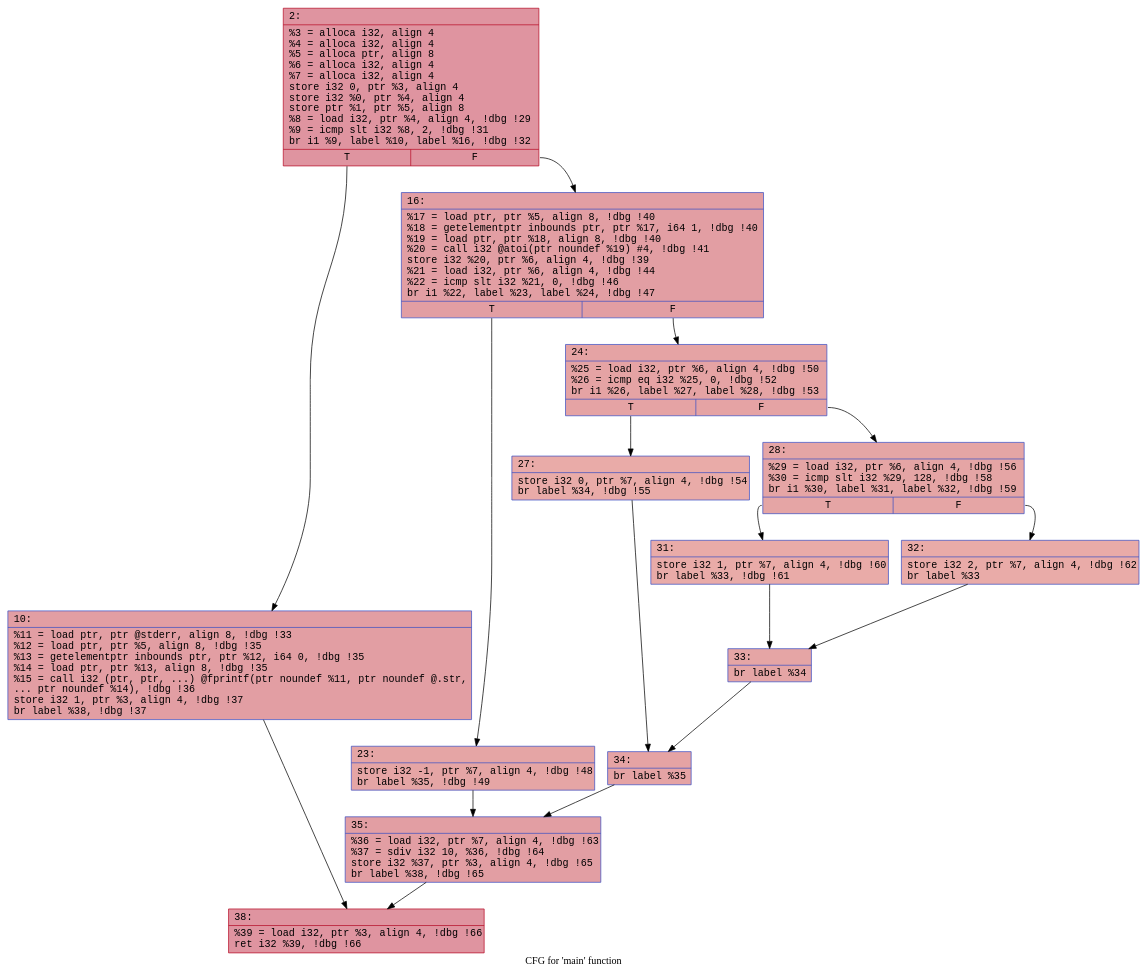
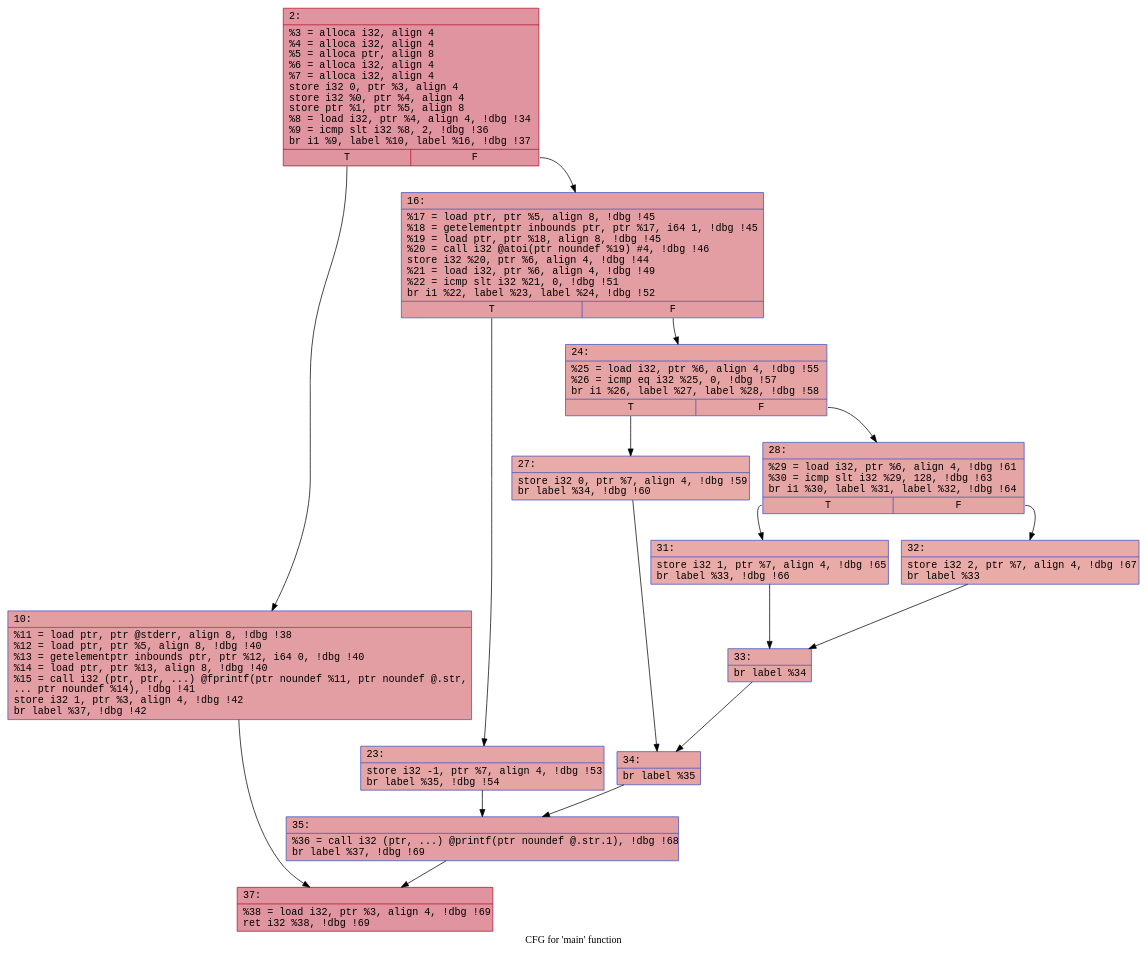
One commit to FelicitasGarcia/MimicryMonitor changed the diagram in llvm/feli/cfgs/mainPUA.dot. Above: the diagram before and after it, drawn with Graphviz. The commit also changed 45 other files, not shown here.

```diff
--- a/llvm/feli/cfgs/mainPUA.dot
+++ b/llvm/feli/cfgs/mainPUA.dot
@@ -1,33 +1,33 @@
 digraph "CFG for 'main' function" {
 	label="CFG for 'main' function";
 
-	Node0x55ea93be4af0 [shape=record,color="#b70d28ff", style=filled, fillcolor="#b70d2870" fontname="Courier",label="{2:\l|  %3 = alloca i32, align 4\l  %4 = alloca i32, align 4\l  %5 = alloca ptr, align 8\l  %6 = alloca i32, align 4\l  %7 = alloca i32, align 4\l  store i32 0, ptr %3, align 4\l  store i32 %0, ptr %4, align 4\l  store ptr %1, ptr %5, align 8\l  %8 = load i32, ptr %4, align 4, !dbg !29\l  %9 = icmp slt i32 %8, 2, !dbg !31\l  br i1 %9, label %10, label %16, !dbg !32\l|{<s0>T|<s1>F}}"];
-	Node0x55ea93be4af0:s0 -> Node0x55ea93be9e80[tooltip="2 -> 10\nProbability 50.00%" ];
-	Node0x55ea93be4af0:s1 -> Node0x55ea93be9f20[tooltip="2 -> 16\nProbability 50.00%" ];
-	Node0x55ea93be9e80 [shape=record,color="#3d50c3ff", style=filled, fillcolor="#be242e70" fontname="Courier",label="{10:\l|  %11 = load ptr, ptr @stderr, align 8, !dbg !33\l  %12 = load ptr, ptr %5, align 8, !dbg !35\l  %13 = getelementptr inbounds ptr, ptr %12, i64 0, !dbg !35\l  %14 = load ptr, ptr %13, align 8, !dbg !35\l  %15 = call i32 (ptr, ptr, ...) @fprintf(ptr noundef %11, ptr noundef @.str,\l... ptr noundef %14), !dbg !36\l  store i32 1, ptr %3, align 4, !dbg !37\l  br label %38, !dbg !37\l}"];
-	Node0x55ea93be9e80 -> Node0x55ea93beb070[tooltip="10 -> 38\nProbability 100.00%" ];
-	Node0x55ea93be9f20 [shape=record,color="#3d50c3ff", style=filled, fillcolor="#be242e70" fontname="Courier",label="{16:\l|  %17 = load ptr, ptr %5, align 8, !dbg !40\l  %18 = getelementptr inbounds ptr, ptr %17, i64 1, !dbg !40\l  %19 = load ptr, ptr %18, align 8, !dbg !40\l  %20 = call i32 @atoi(ptr noundef %19) #4, !dbg !41\l  store i32 %20, ptr %6, align 4, !dbg !39\l  %21 = load i32, ptr %6, align 4, !dbg !44\l  %22 = icmp slt i32 %21, 0, !dbg !46\l  br i1 %22, label %23, label %24, !dbg !47\l|{<s0>T|<s1>F}}"];
-	Node0x55ea93be9f20:s0 -> Node0x55ea93bed660[tooltip="16 -> 23\nProbability 37.50%" ];
-	Node0x55ea93be9f20:s1 -> Node0x55ea93bed700[tooltip="16 -> 24\nProbability 62.50%" ];
-	Node0x55ea93bed660 [shape=record,color="#3d50c3ff", style=filled, fillcolor="#c5333470" fontname="Courier",label="{23:\l|  store i32 -1, ptr %7, align 4, !dbg !48\l  br label %35, !dbg !49\l}"];
-	Node0x55ea93bed660 -> Node0x55ea93bedb30[tooltip="23 -> 35\nProbability 100.00%" ];
-	Node0x55ea93bed700 [shape=record,color="#3d50c3ff", style=filled, fillcolor="#c32e3170" fontname="Courier",label="{24:\l|  %25 = load i32, ptr %6, align 4, !dbg !50\l  %26 = icmp eq i32 %25, 0, !dbg !52\l  br i1 %26, label %27, label %28, !dbg !53\l|{<s0>T|<s1>F}}"];
-	Node0x55ea93bed700:s0 -> Node0x55ea93bee0d0[tooltip="24 -> 27\nProbability 37.50%" ];
-	Node0x55ea93bed700:s1 -> Node0x55ea93bee170[tooltip="24 -> 28\nProbability 62.50%" ];
-	Node0x55ea93bee0d0 [shape=record,color="#3d50c3ff", style=filled, fillcolor="#cc403a70" fontname="Courier",label="{27:\l|  store i32 0, ptr %7, align 4, !dbg !54\l  br label %34, !dbg !55\l}"];
-	Node0x55ea93bee0d0 -> Node0x55ea93bee5a0[tooltip="27 -> 34\nProbability 100.00%" ];
-	Node0x55ea93bee170 [shape=record,color="#3d50c3ff", style=filled, fillcolor="#c5333470" fontname="Courier",label="{28:\l|  %29 = load i32, ptr %6, align 4, !dbg !56\l  %30 = icmp slt i32 %29, 128, !dbg !58\l  br i1 %30, label %31, label %32, !dbg !59\l|{<s0>T|<s1>F}}"];
-	Node0x55ea93bee170:s0 -> Node0x55ea93beeb40[tooltip="28 -> 31\nProbability 50.00%" ];
-	Node0x55ea93bee170:s1 -> Node0x55ea93beebe0[tooltip="28 -> 32\nProbability 50.00%" ];
-	Node0x55ea93beeb40 [shape=record,color="#3d50c3ff", style=filled, fillcolor="#cc403a70" fontname="Courier",label="{31:\l|  store i32 1, ptr %7, align 4, !dbg !60\l  br label %33, !dbg !61\l}"];
-	Node0x55ea93beeb40 -> Node0x55ea93bef010[tooltip="31 -> 33\nProbability 100.00%" ];
-	Node0x55ea93beebe0 [shape=record,color="#3d50c3ff", style=filled, fillcolor="#cc403a70" fontname="Courier",label="{32:\l|  store i32 2, ptr %7, align 4, !dbg !62\l  br label %33\l}"];
-	Node0x55ea93beebe0 -> Node0x55ea93bef010[tooltip="32 -> 33\nProbability 100.00%" ];
-	Node0x55ea93bef010 [shape=record,color="#3d50c3ff", style=filled, fillcolor="#c5333470" fontname="Courier",label="{33:\l|  br label %34\l}"];
-	Node0x55ea93bef010 -> Node0x55ea93bee5a0[tooltip="33 -> 34\nProbability 100.00%" ];
-	Node0x55ea93bee5a0 [shape=record,color="#3d50c3ff", style=filled, fillcolor="#c32e3170" fontname="Courier",label="{34:\l|  br label %35\l}"];
-	Node0x55ea93bee5a0 -> Node0x55ea93bedb30[tooltip="34 -> 35\nProbability 100.00%" ];
-	Node0x55ea93bedb30 [shape=record,color="#3d50c3ff", style=filled, fillcolor="#be242e70" fontname="Courier",label="{35:\l|  %36 = load i32, ptr %7, align 4, !dbg !63\l  %37 = sdiv i32 10, %36, !dbg !64\l  store i32 %37, ptr %3, align 4, !dbg !65\l  br label %38, !dbg !65\l}"];
-	Node0x55ea93bedb30 -> Node0x55ea93beb070[tooltip="35 -> 38\nProbability 100.00%" ];
-	Node0x55ea93beb070 [shape=record,color="#b70d28ff", style=filled, fillcolor="#b70d2870" fontname="Courier",label="{38:\l|  %39 = load i32, ptr %3, align 4, !dbg !66\l  ret i32 %39, !dbg !66\l}"];
+	Node0x610ccf55fcf0 [shape=record,color="#b70d28ff", style=filled, fillcolor="#b70d2870" fontname="Courier",label="{2:\l|  %3 = alloca i32, align 4\l  %4 = alloca i32, align 4\l  %5 = alloca ptr, align 8\l  %6 = alloca i32, align 4\l  %7 = alloca i32, align 4\l  store i32 0, ptr %3, align 4\l  store i32 %0, ptr %4, align 4\l  store ptr %1, ptr %5, align 8\l  %8 = load i32, ptr %4, align 4, !dbg !34\l  %9 = icmp slt i32 %8, 2, !dbg !36\l  br i1 %9, label %10, label %16, !dbg !37\l|{<s0>T|<s1>F}}"];
+	Node0x610ccf55fcf0:s0 -> Node0x610ccf5652c0[tooltip="2 -> 10\nProbability 50.00%" ];
+	Node0x610ccf55fcf0:s1 -> Node0x610ccf565360[tooltip="2 -> 16\nProbability 50.00%" ];
+	Node0x610ccf5652c0 [shape=record,color="#3d50c3ff", style=filled, fillcolor="#be242e70" fontname="Courier",label="{10:\l|  %11 = load ptr, ptr @stderr, align 8, !dbg !38\l  %12 = load ptr, ptr %5, align 8, !dbg !40\l  %13 = getelementptr inbounds ptr, ptr %12, i64 0, !dbg !40\l  %14 = load ptr, ptr %13, align 8, !dbg !40\l  %15 = call i32 (ptr, ptr, ...) @fprintf(ptr noundef %11, ptr noundef @.str,\l... ptr noundef %14), !dbg !41\l  store i32 1, ptr %3, align 4, !dbg !42\l  br label %37, !dbg !42\l}"];
+	Node0x610ccf5652c0 -> Node0x610ccf5664b0[tooltip="10 -> 37\nProbability 100.00%" ];
+	Node0x610ccf565360 [shape=record,color="#3d50c3ff", style=filled, fillcolor="#be242e70" fontname="Courier",label="{16:\l|  %17 = load ptr, ptr %5, align 8, !dbg !45\l  %18 = getelementptr inbounds ptr, ptr %17, i64 1, !dbg !45\l  %19 = load ptr, ptr %18, align 8, !dbg !45\l  %20 = call i32 @atoi(ptr noundef %19) #4, !dbg !46\l  store i32 %20, ptr %6, align 4, !dbg !44\l  %21 = load i32, ptr %6, align 4, !dbg !49\l  %22 = icmp slt i32 %21, 0, !dbg !51\l  br i1 %22, label %23, label %24, !dbg !52\l|{<s0>T|<s1>F}}"];
+	Node0x610ccf565360:s0 -> Node0x610ccf568a10[tooltip="16 -> 23\nProbability 37.50%" ];
+	Node0x610ccf565360:s1 -> Node0x610ccf568ab0[tooltip="16 -> 24\nProbability 62.50%" ];
+	Node0x610ccf568a10 [shape=record,color="#3d50c3ff", style=filled, fillcolor="#c5333470" fontname="Courier",label="{23:\l|  store i32 -1, ptr %7, align 4, !dbg !53\l  br label %35, !dbg !54\l}"];
+	Node0x610ccf568a10 -> Node0x610ccf568ee0[tooltip="23 -> 35\nProbability 100.00%" ];
+	Node0x610ccf568ab0 [shape=record,color="#3d50c3ff", style=filled, fillcolor="#c32e3170" fontname="Courier",label="{24:\l|  %25 = load i32, ptr %6, align 4, !dbg !55\l  %26 = icmp eq i32 %25, 0, !dbg !57\l  br i1 %26, label %27, label %28, !dbg !58\l|{<s0>T|<s1>F}}"];
+	Node0x610ccf568ab0:s0 -> Node0x610ccf569480[tooltip="24 -> 27\nProbability 37.50%" ];
+	Node0x610ccf568ab0:s1 -> Node0x610ccf569520[tooltip="24 -> 28\nProbability 62.50%" ];
+	Node0x610ccf569480 [shape=record,color="#3d50c3ff", style=filled, fillcolor="#cc403a70" fontname="Courier",label="{27:\l|  store i32 0, ptr %7, align 4, !dbg !59\l  br label %34, !dbg !60\l}"];
+	Node0x610ccf569480 -> Node0x610ccf569950[tooltip="27 -> 34\nProbability 100.00%" ];
+	Node0x610ccf569520 [shape=record,color="#3d50c3ff", style=filled, fillcolor="#c5333470" fontname="Courier",label="{28:\l|  %29 = load i32, ptr %6, align 4, !dbg !61\l  %30 = icmp slt i32 %29, 128, !dbg !63\l  br i1 %30, label %31, label %32, !dbg !64\l|{<s0>T|<s1>F}}"];
+	Node0x610ccf569520:s0 -> Node0x610ccf569ef0[tooltip="28 -> 31\nProbability 50.00%" ];
+	Node0x610ccf569520:s1 -> Node0x610ccf569f90[tooltip="28 -> 32\nProbability 50.00%" ];
+	Node0x610ccf569ef0 [shape=record,color="#3d50c3ff", style=filled, fillcolor="#cc403a70" fontname="Courier",label="{31:\l|  store i32 1, ptr %7, align 4, !dbg !65\l  br label %33, !dbg !66\l}"];
+	Node0x610ccf569ef0 -> Node0x610ccf56a3c0[tooltip="31 -> 33\nProbability 100.00%" ];
+	Node0x610ccf569f90 [shape=record,color="#3d50c3ff", style=filled, fillcolor="#cc403a70" fontname="Courier",label="{32:\l|  store i32 2, ptr %7, align 4, !dbg !67\l  br label %33\l}"];
+	Node0x610ccf569f90 -> Node0x610ccf56a3c0[tooltip="32 -> 33\nProbability 100.00%" ];
+	Node0x610ccf56a3c0 [shape=record,color="#3d50c3ff", style=filled, fillcolor="#c5333470" fontname="Courier",label="{33:\l|  br label %34\l}"];
+	Node0x610ccf56a3c0 -> Node0x610ccf569950[tooltip="33 -> 34\nProbability 100.00%" ];
+	Node0x610ccf569950 [shape=record,color="#3d50c3ff", style=filled, fillcolor="#c32e3170" fontname="Courier",label="{34:\l|  br label %35\l}"];
+	Node0x610ccf569950 -> Node0x610ccf568ee0[tooltip="34 -> 35\nProbability 100.00%" ];
+	Node0x610ccf568ee0 [shape=record,color="#3d50c3ff", style=filled, fillcolor="#be242e70" fontname="Courier",label="{35:\l|  %36 = call i32 (ptr, ...) @printf(ptr noundef @.str.1), !dbg !68\l  br label %37, !dbg !69\l}"];
+	Node0x610ccf568ee0 -> Node0x610ccf5664b0[tooltip="35 -> 37\nProbability 100.00%" ];
+	Node0x610ccf5664b0 [shape=record,color="#b70d28ff", style=filled, fillcolor="#b70d2870" fontname="Courier",label="{37:\l|  %38 = load i32, ptr %3, align 4, !dbg !69\l  ret i32 %38, !dbg !69\l}"];
 }
```
